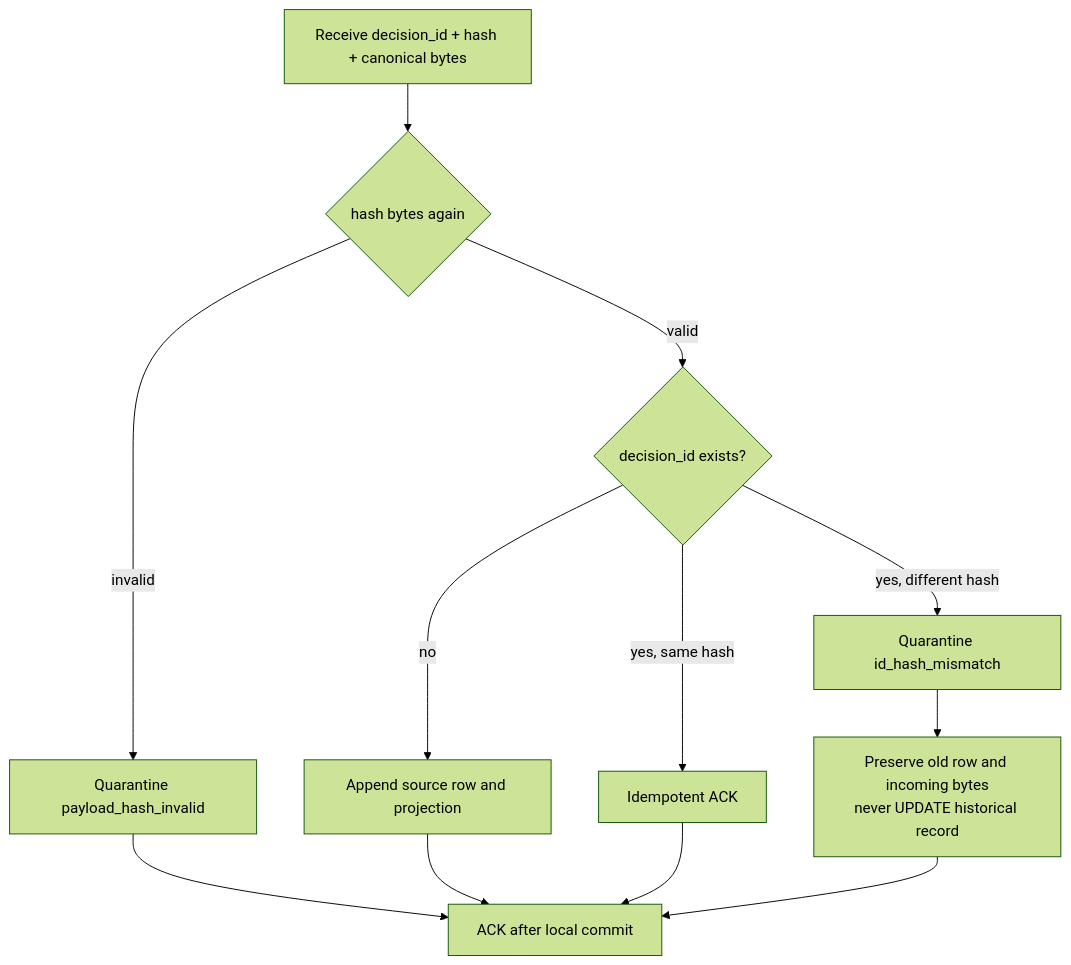
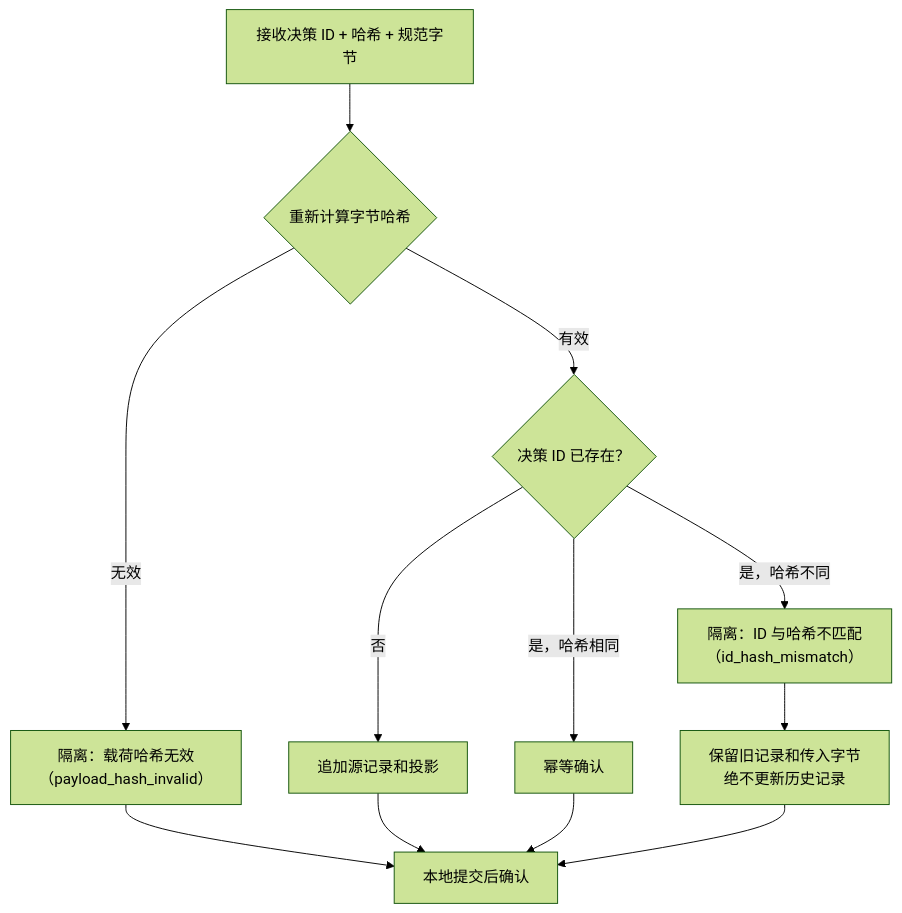
Before and after one commit to YouEclipse/Designing-Modern-Payment-Systems: the third of 4 diagrams in part-4-operating-at-scale/routing-decision-store.md, drawn with Mermaid (forest theme). The commit also changed other lines of this file and 59 other files, not shown here.

````diff
--- a/part-4-operating-at-scale/routing-decision-store.md
+++ b/part-4-operating-at-scale/routing-decision-store.md
@@ -586,14 +586,14 @@
 ```mermaid
 flowchart TB
-    In["Receive decision_id + hash + canonical bytes"] --> Verify{"hash bytes again"}
-    Verify -->|"invalid"| Q1["Quarantine payload_hash_invalid"]
-    Verify -->|"valid"| Lookup{"decision_id exists?"}
-    Lookup -->|"no"| Insert["Append source row and projection"]
-    Lookup -->|"yes, same hash"| Duplicate["Idempotent ACK"]
-    Lookup -->|"yes, different hash"| Q2["Quarantine id_hash_mismatch"]
-    Q2 --> Preserve["Preserve old row and incoming bytes<br/>never UPDATE historical record"]
-    Insert --> Ack["ACK after local commit"]
+    In["接收决策 ID + 哈希 + 规范字节"] --> Verify{"重新计算字节哈希"}
+    Verify -->|"无效"| Q1["隔离：载荷哈希无效<br/>（payload_hash_invalid）"]
+    Verify -->|"有效"| Lookup{"决策 ID 已存在？"}
+    Lookup -->|"否"| Insert["追加源记录和投影"]
+    Lookup -->|"是，哈希相同"| Duplicate["幂等确认"]
+    Lookup -->|"是，哈希不同"| Q2["隔离：ID 与哈希不匹配<br/>（id_hash_mismatch）"]
+    Q2 --> Preserve["保留旧记录和传入字节<br/>绝不更新历史记录"]
+    Insert --> Ack["本地提交后确认"]
     Duplicate --> Ack
     Q1 --> Ack
     Preserve --> Ack
 ```
````
